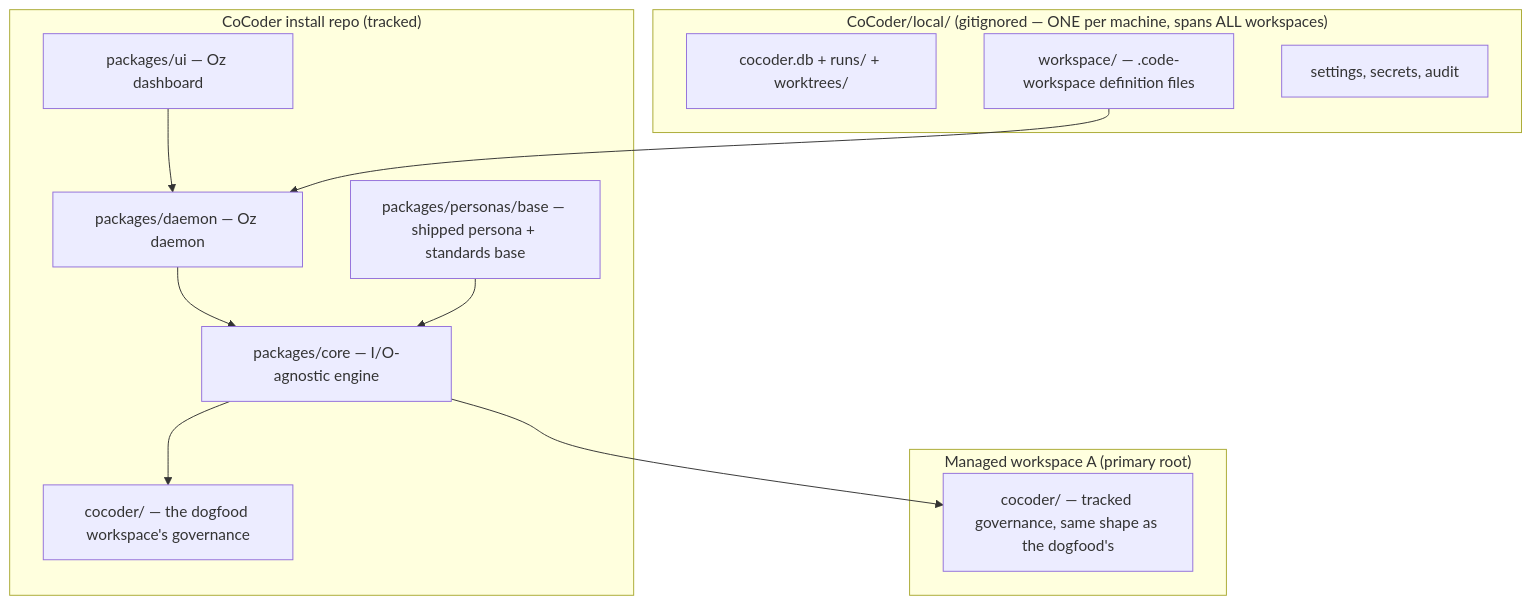
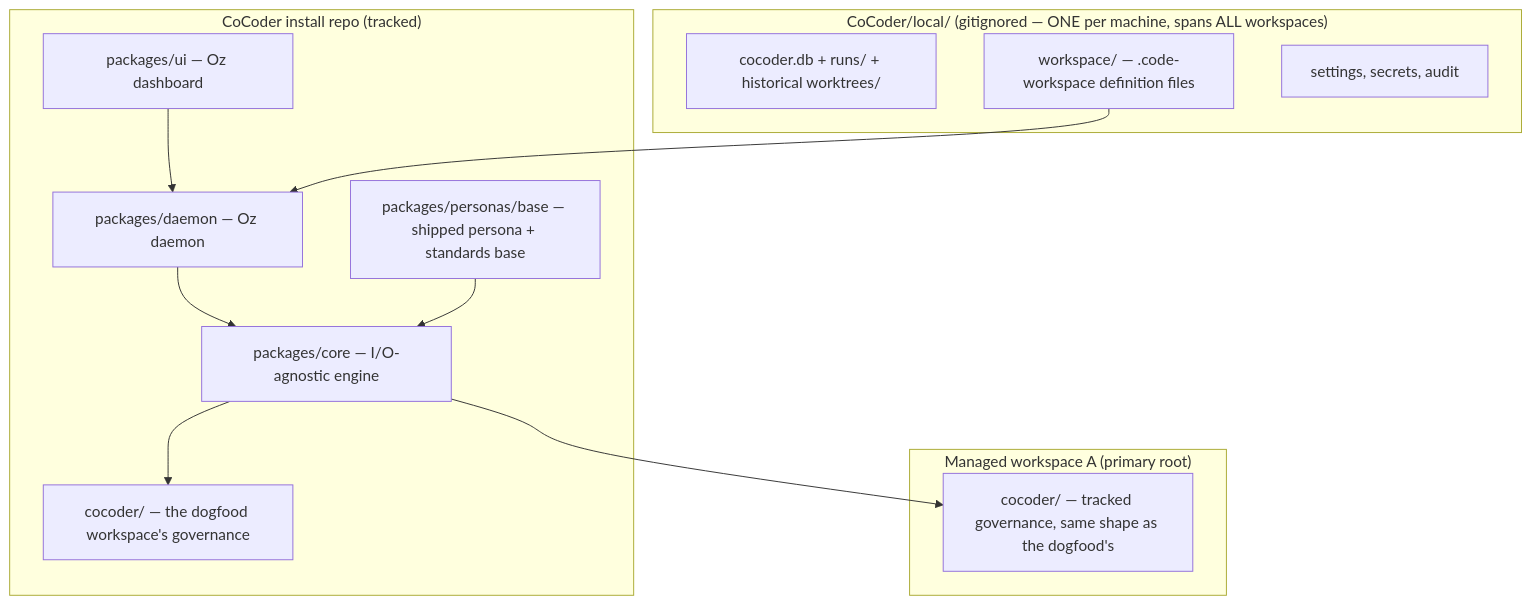
One commit to BadGuyFranco/cocoder changed the diagram in ARCHITECTURE.md. Above: the diagram before and after it, drawn with Mermaid. The commit also changed other lines of this file and 12 other files, not shown here.

````diff
--- a/ARCHITECTURE.md
+++ b/ARCHITECTURE.md
@@ -21,27 +21,27 @@
 ```mermaid
 flowchart TB
   subgraph install ["CoCoder install repo (tracked)"]
     Core[packages/core — I/O-agnostic engine]
     Daemon[packages/daemon — Oz daemon]
     Dash[packages/ui — Oz dashboard]
     Base[packages/personas/base — shipped persona + standards base]
     Dogfood[cocoder/ — the dogfood workspace's governance]
   end
 
   subgraph installLocal ["CoCoder/local/ (gitignored — ONE per machine, spans ALL workspaces)"]
-    Db[cocoder.db + runs/ + worktrees/]
+    Db[cocoder.db + runs/ + historical worktrees/]
     Wsp[workspace/ — .code-workspace definition files]
     Prefs[settings, secrets, audit]
   end
 
   subgraph wsA ["Managed workspace A (primary root)"]
     CA[cocoder/ — tracked governance, same shape as the dogfood's]
   end
 
   Dash --> Daemon
   Daemon --> Core
   Core --> Dogfood
   Core --> CA
   Wsp --> Daemon
   Base --> Core
 ```
````
